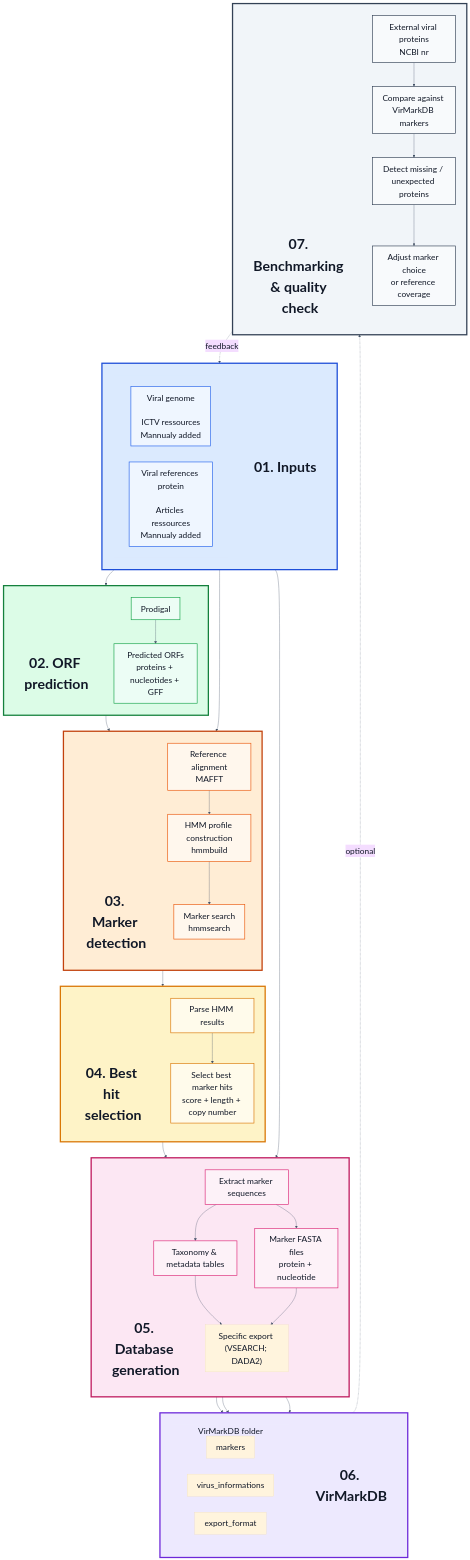
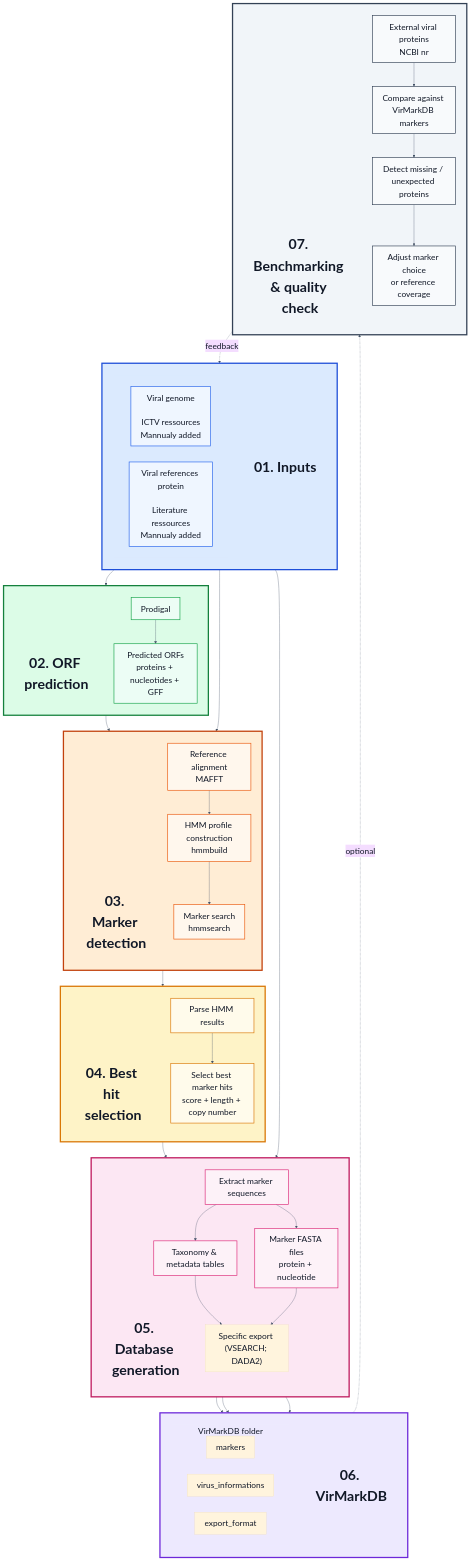
The diagram in README.md (Est-oup/VirMarkDB), drawn with Mermaid before and after one commit. The commit also changed other lines of this file, not shown here.

```diff
--- a/README.md
+++ b/README.md
@@ -149,7 +146,7 @@
     subgraph INPUT_CONTENT[" "]
       direction LR
       A1["Viral genome<br/><br/>ICTV ressources<br/>Mannualy added"]
-      A2["Viral references protein<br/><br/>Articles ressources<br/>Mannualy added"]
+      A2["Viral references protein<br/><br/>Literature ressources<br/>Mannualy added"]
 
     end
   end
```
